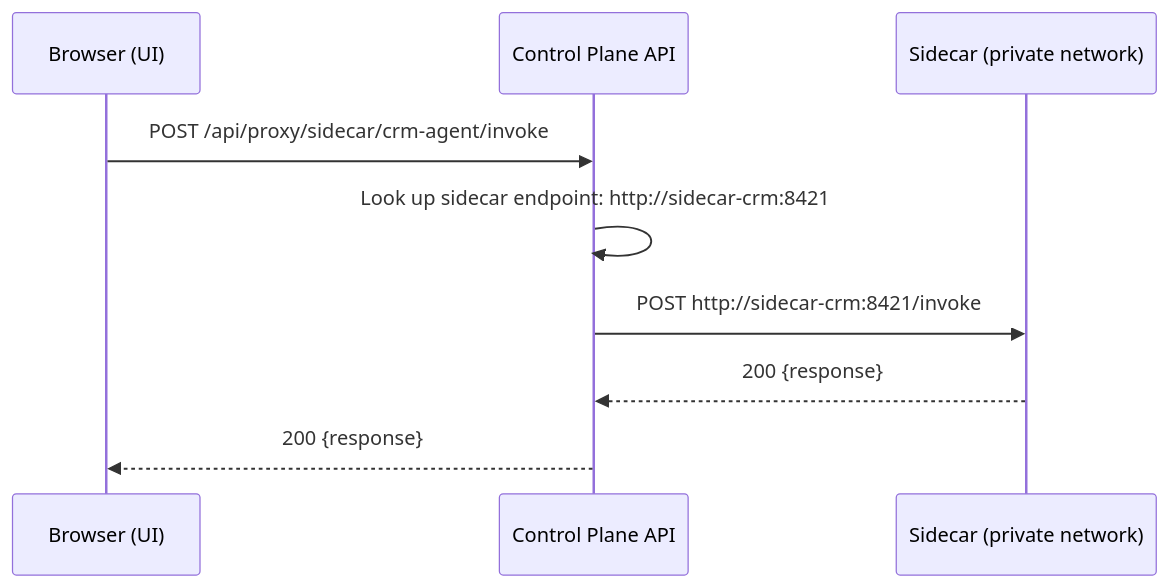
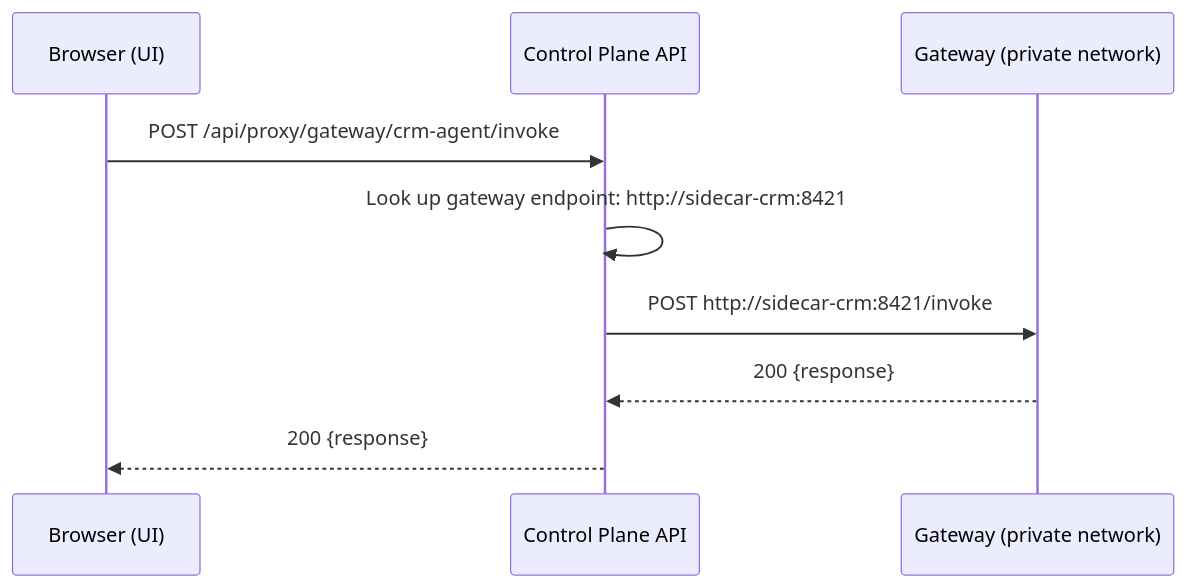
One commit to hk-775/ostiari changed diagram 13 of 13 in control-plane/docs/getting-started.md. Above: the diagram before and after it, drawn with Mermaid. The commit also changed other lines of this file and 21 other files, not shown here.

````diff
--- a/control-plane/docs/getting-started.md
+++ b/control-plane/docs/getting-started.md
@@ -1728,12 +2302,12 @@
 ```mermaid
 sequenceDiagram
     participant Browser as Browser (UI)
     participant CP as Control Plane API
-    participant SC as Sidecar (private network)
+    participant SC as Gateway (private network)
 
-    Browser->>CP: POST /api/proxy/sidecar/crm-agent/invoke
-    CP->>CP: Look up sidecar endpoint: http://sidecar-crm:8421
+    Browser->>CP: POST /api/proxy/gateway/crm-agent/invoke
+    CP->>CP: Look up gateway endpoint: http://sidecar-crm:8421
     CP->>SC: POST http://sidecar-crm:8421/invoke
     SC-->>CP: 200 {response}
     CP-->>Browser: 200 {response}
 ```
````
